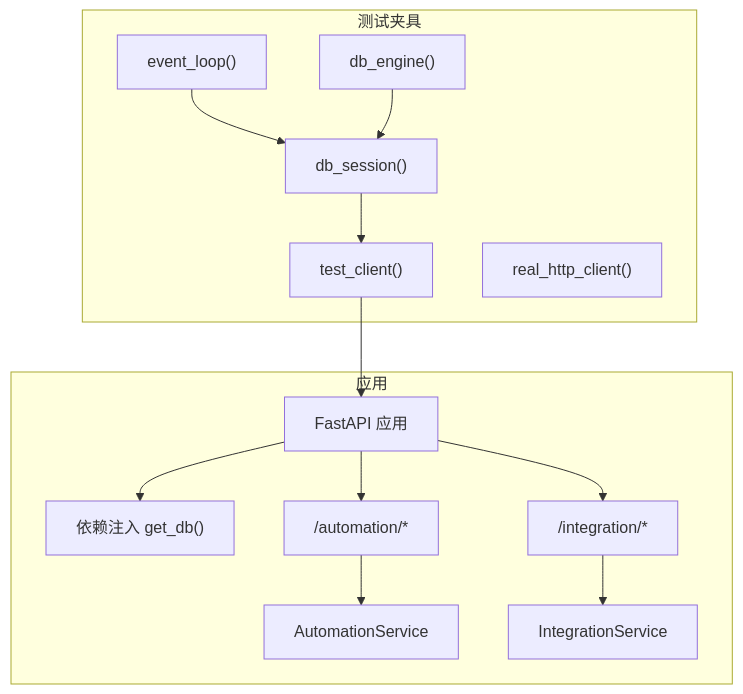
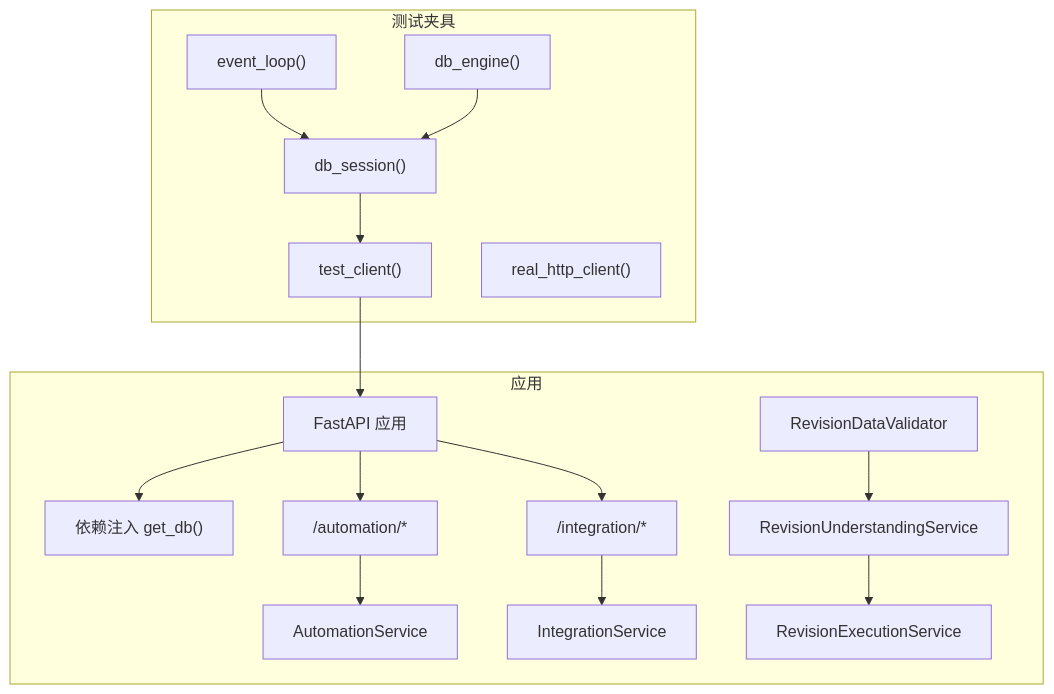
The second of 9 diagrams in .qoder/repowiki/zh/content/测试策略/单元测试.md (xfbyxq/ai-novel-system), drawn with Mermaid before and after one commit. The commit also changed other lines of this file and 10 other files, not shown here.

````diff
--- a/.qoder/repowiki/zh/content/测试策略/单元测试.md
+++ b/.qoder/repowiki/zh/content/测试策略/单元测试.md
@@ -86,27 +105,32 @@
 ```mermaid
 graph TB
 subgraph "测试夹具"
 EL["event_loop()"]
 DE["db_engine()"]
 DS["db_session()"]
 TC["test_client()"]
 RH["real_http_client()"]
 end
 subgraph "应用"
 APP["FastAPI 应用"]
 DEP["依赖注入 get_db()"]
 API_A["/automation/*"]
 API_I["/integration/*"]
 SVC_A["AutomationService"]
 SVC_I["IntegrationService"]
+SVC_RV["RevisionDataValidator"]
+SVC_RU["RevisionUnderstandingService"]
+SVC_RE["RevisionExecutionService"]
 end
 EL --> DS
 DE --> DS
 DS --> TC
 TC --> APP
 APP --> DEP
 APP --> API_A
 APP --> API_I
 API_A --> SVC_A
 API_I --> SVC_I
+SVC_RV --> SVC_RU
+SVC_RU --> SVC_RE
 ```
````
